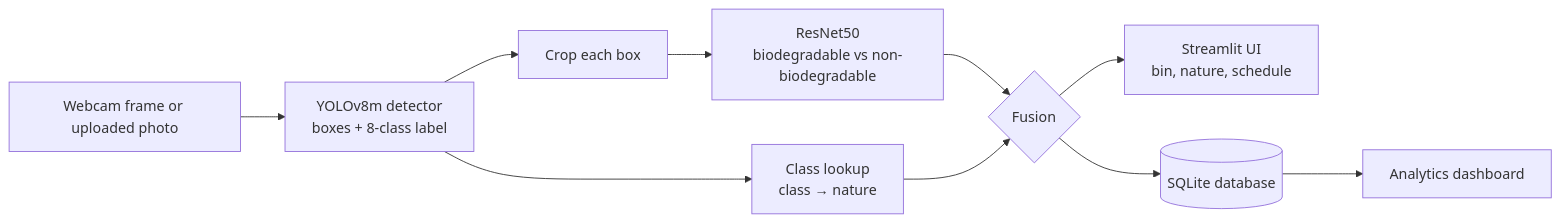
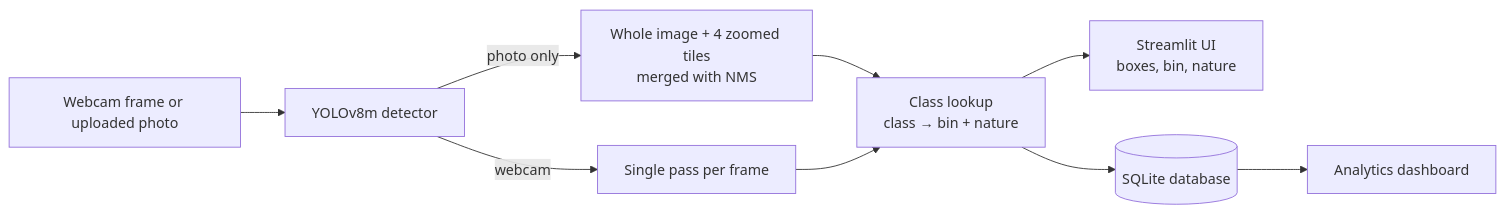
The diagram in README.md (samruddhi2865/Ai-powered-Waste-Classification-and-Segregation), drawn with Mermaid before and after one commit. The commit also changed other lines of this file and 1 other file, not shown here.

````diff
--- a/README.md
+++ b/README.md
@@ -47,12 +48,11 @@
 ```mermaid
 flowchart LR
-    A[Webcam frame or uploaded photo] --> B[YOLOv8m detector<br/>boxes + 8-class label]
-    B --> C[Crop each box]
-    C --> D[ResNet50<br/>biodegradable vs non-biodegradable]
-    B --> E[Class lookup<br/>class → nature]
-    D --> F{Fusion}
-    E --> F
-    F --> G[Streamlit UI<br/>bin, nature, schedule]
-    F --> H[(SQLite database)]
-    H --> I[Analytics dashboard]
+    A[Webcam frame or uploaded photo] --> B[YOLOv8m detector]
+    B -->|photo only| C[Whole image + 4 zoomed tiles<br/>merged with NMS]
+    B -->|webcam| D[Single pass per frame]
+    C --> E[Class lookup<br/>class → bin + nature]
+    D --> E
+    E --> F[Streamlit UI<br/>boxes, bin, nature]
+    E --> G[(SQLite database)]
+    G --> H[Analytics dashboard]
 ```
````
